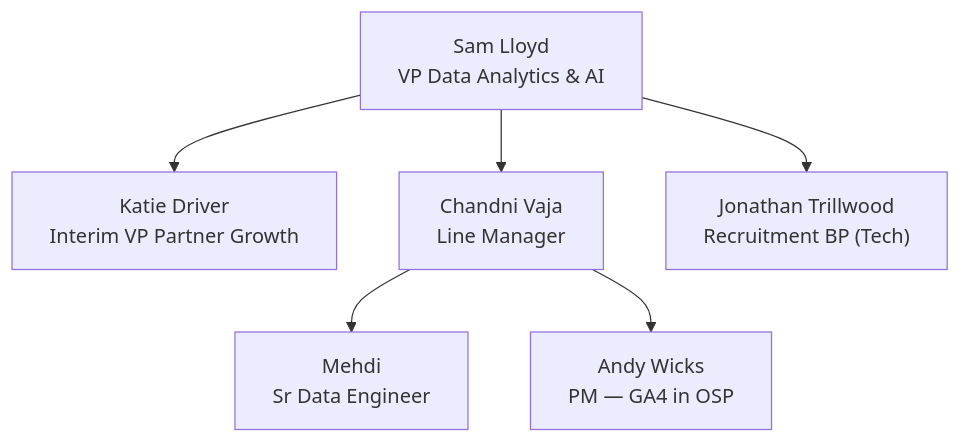
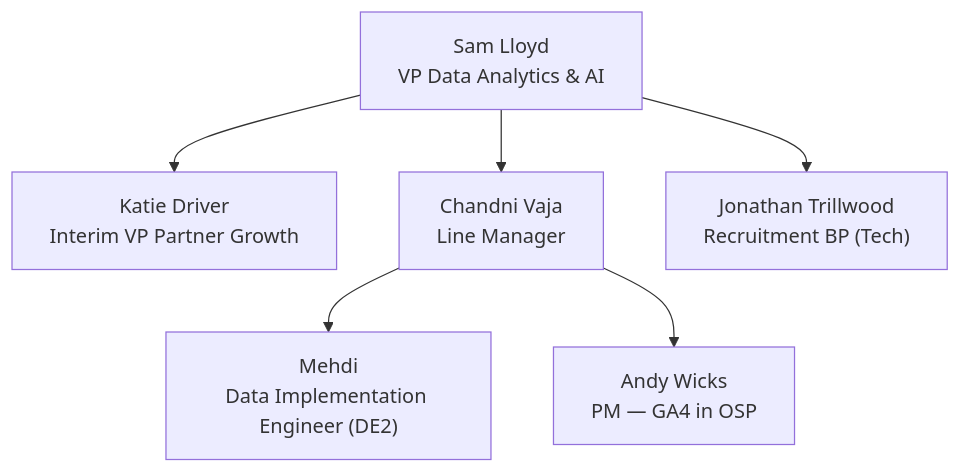
Before and after one commit to DataTechWizard/Ocado_Group: the diagram in 10_Memory/Memory_Stakeholders.md, drawn with Mermaid. The commit also changed 5 other files, not shown here.

Commit message:
fix: correct job title to 'Data Implementation Engineer (DE2)' across all docs

````diff
--- a/10_Memory/Memory_Stakeholders.md
+++ b/10_Memory/Memory_Stakeholders.md
@@ -13,8 +13,8 @@
 ```mermaid
 graph TD
     SL["Sam Lloyd<br/>VP Data Analytics & AI"] --> KD["Katie Driver<br/>Interim VP Partner Growth"]
     SL --> CV["Chandni Vaja<br/>Line Manager"]
-    CV --> ME["Mehdi<br/>Sr Data Engineer"]
+    CV --> ME["Mehdi<br/>Data Implementation Engineer (DE2)"]
     CV --> AW["Andy Wicks<br/>PM — GA4 in OSP"]
     SL --> JT["Jonathan Trillwood<br/>Recruitment BP (Tech)"]
 ```
````
